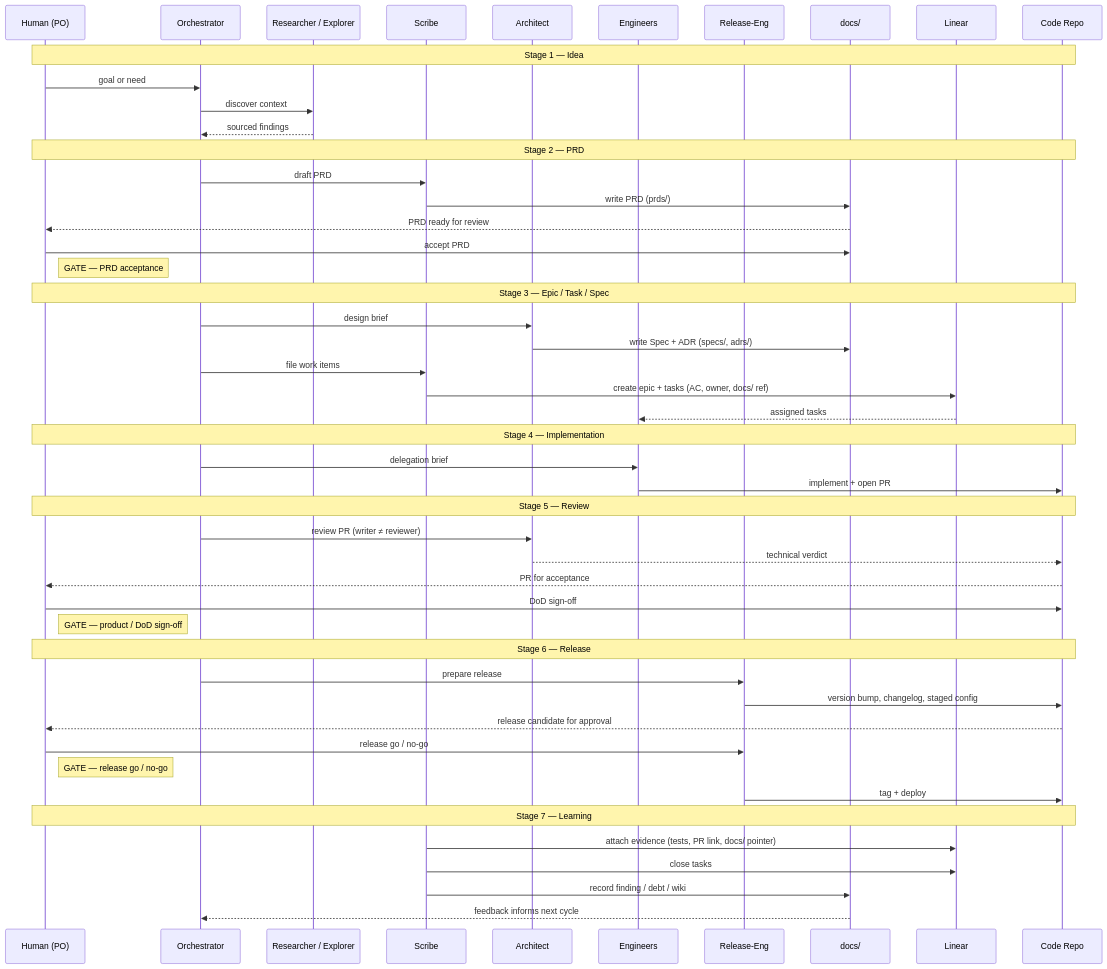
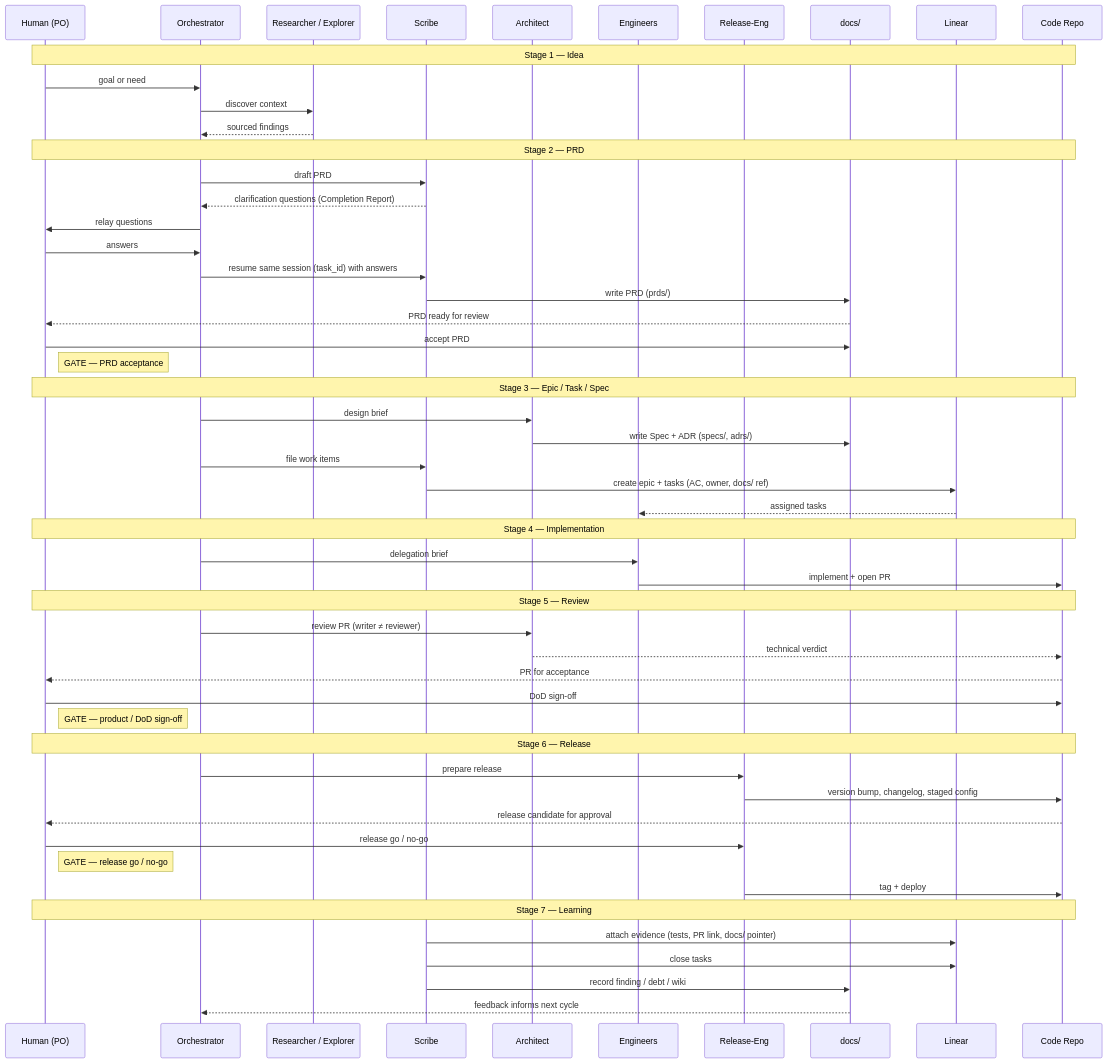
The second of 2 diagrams in docs/wiki/implementation-workflow.md (hieutran21198/Bootstrap), drawn with Mermaid before and after one commit. The commit also changed other lines of this file and 1 other file, not shown here.

Commit message:
docs(prd-authoring): record clarification round-trip delivery (#33)

````diff
--- a/docs/wiki/implementation-workflow.md
+++ b/docs/wiki/implementation-workflow.md
@@ -60,57 +62,61 @@
 ```mermaid
 sequenceDiagram
     participant H as Human (PO)
     participant ORC as Orchestrator
     participant RES as Researcher / Explorer
     participant SCR as Scribe
     participant ARC as Architect
     participant ENG as Engineers
     participant REL as Release-Eng
     participant DOCS as docs/
     participant LIN as Linear
     participant REPO as Code Repo
 
     Note over H,REPO: Stage 1 — Idea
     H->>ORC: goal or need
     ORC->>RES: discover context
     RES-->>ORC: sourced findings
 
     Note over H,REPO: Stage 2 — PRD
     ORC->>SCR: draft PRD
+    SCR-->>ORC: clarification questions (Completion Report)
+    ORC->>H: relay questions
+    H->>ORC: answers
+    ORC->>SCR: resume same session (task_id) with answers
     SCR->>DOCS: write PRD (prds/)
     DOCS-->>H: PRD ready for review
     H->>DOCS: accept PRD
     Note right of H: GATE — PRD acceptance
 
     Note over H,REPO: Stage 3 — Epic / Task / Spec
     ORC->>ARC: design brief
     ARC->>DOCS: write Spec + ADR (specs/, adrs/)
     ORC->>SCR: file work items
     SCR->>LIN: create epic + tasks (AC, owner, docs/ ref)
     LIN-->>ENG: assigned tasks
 
     Note over H,REPO: Stage 4 — Implementation
     ORC->>ENG: delegation brief
     ENG->>REPO: implement + open PR
 
     Note over H,REPO: Stage 5 — Review
     ORC->>ARC: review PR (writer ≠ reviewer)
     ARC-->>REPO: technical verdict
     REPO-->>H: PR for acceptance
     H->>REPO: DoD sign-off
     Note right of H: GATE — product / DoD sign-off
 
     Note over H,REPO: Stage 6 — Release
     ORC->>REL: prepare release
     REL->>REPO: version bump, changelog, staged config
     REPO-->>H: release candidate for approval
     H->>REL: release go / no-go
     Note right of H: GATE — release go / no-go
     REL->>REPO: tag + deploy
 
     Note over H,REPO: Stage 7 — Learning
     SCR->>LIN: attach evidence (tests, PR link, docs/ pointer)
     SCR->>LIN: close tasks
     SCR->>DOCS: record finding / debt / wiki
     DOCS-->>ORC: feedback informs next cycle
 ```
````
